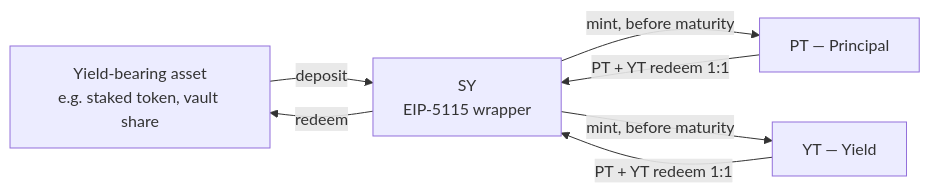
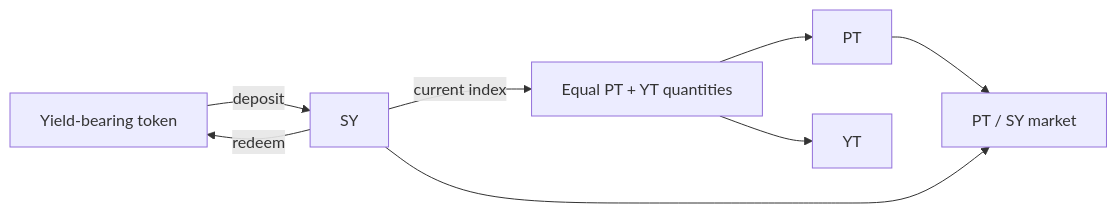
One commit to ggmatch-mod/open-pendle changed the diagram in docs-site/concepts/standardized-yield.md. Above: the diagram before and after it, drawn with Mermaid. The commit also changed other lines of this file and 74 other files, not shown here.

````diff
--- a/docs-site/concepts/standardized-yield.md
+++ b/docs-site/concepts/standardized-yield.md
@@ -23,9 +30,10 @@
 ```mermaid
 flowchart LR
-  A[Yield-bearing asset<br/>e.g. staked token, vault share] -->|deposit| SY[SY<br/>EIP-5115 wrapper]
-  SY -->|redeem| A
-  SY -->|mint, before maturity| PT[PT — Principal]
-  SY -->|mint, before maturity| YT[YT — Yield]
-  PT -->|"PT + YT redeem 1:1"| SY
-  YT -->|"PT + YT redeem 1:1"| SY
+  Y[Yield-bearing token] -->|deposit| SY[SY]
+  SY -->|redeem| Y
+  SY -->|current index| PY[Equal PT + YT quantities]
+  PY --> PT[PT]
+  PY --> YT[YT]
+  PT --> M[PT / SY market]
+  SY --> M
 ```
````
